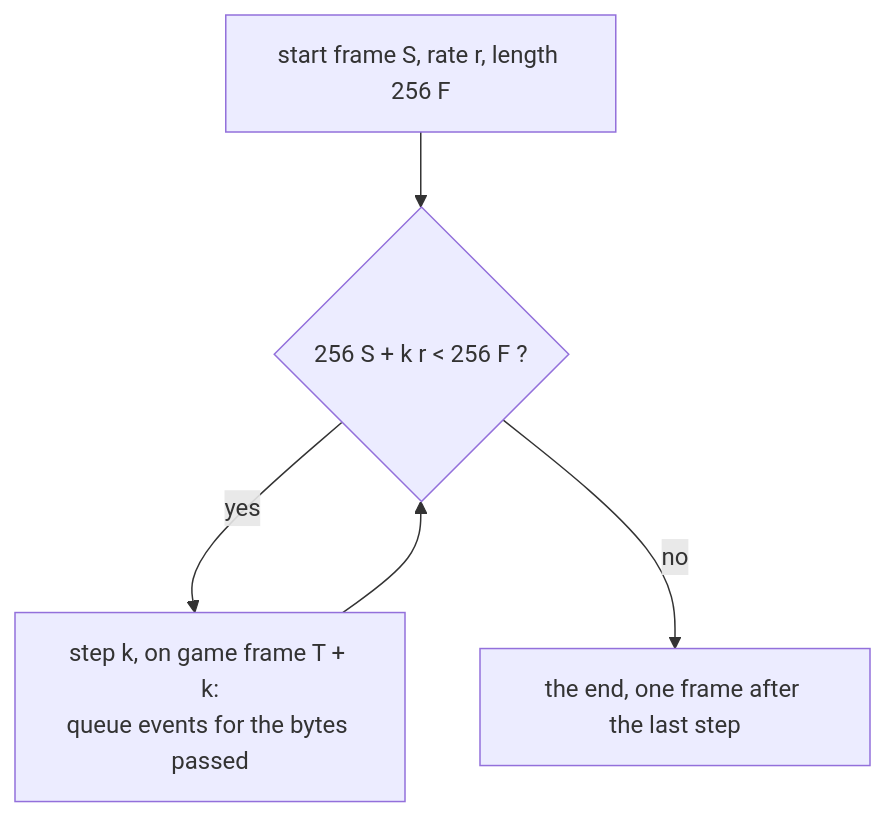
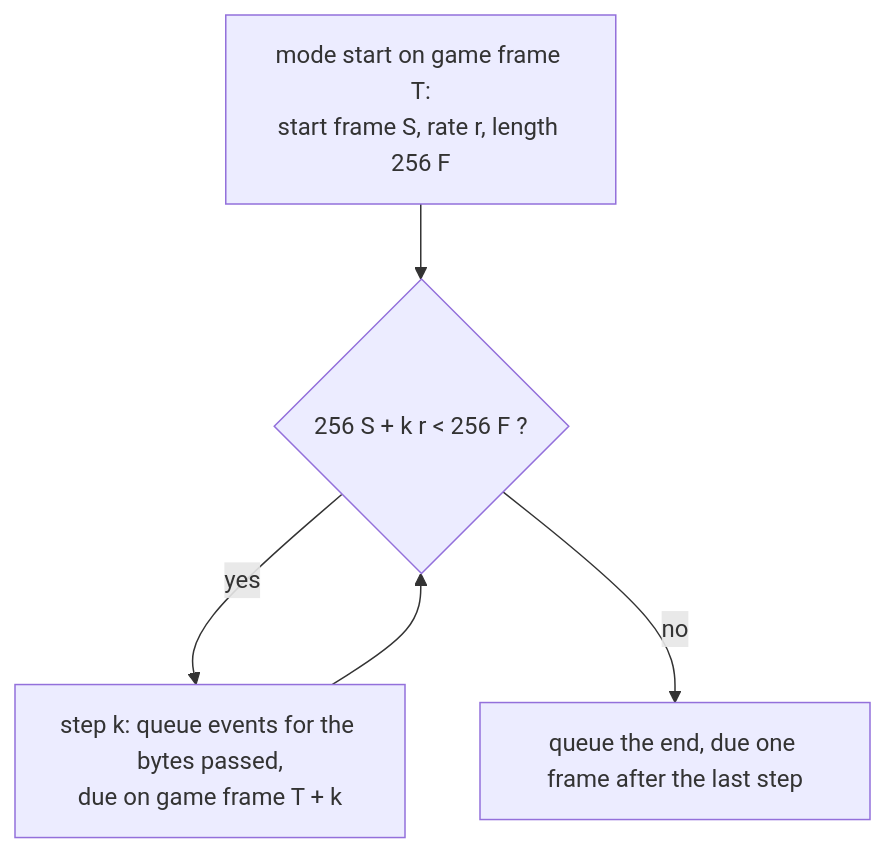
The second of 3 diagrams in docs/wiki/animation.md (IgorKonovalov/diablo-2-recompilation), drawn with Mermaid before and after one commit. The commit also changed other lines of this file and 8 other files, not shown here.

Commit message:
docs(wiki): plan 0070 Phase 11 batch 1 placed (eight illustration blocks, the rng-stepper widget with the row 1 picture as fallback), the schedule flowchart as one call at the mode start

````diff
--- a/docs/wiki/animation.md
+++ b/docs/wiki/animation.md
@@ -83,7 +85,7 @@
 ```mermaid
 flowchart TD
-  s0["start frame S, rate r, length 256 F"] --> loop{"256 S + k r < 256 F ?"}
-  loop -->|yes| ev["step k, on game frame T + k:<br/>queue events for the bytes passed"]
+  s0["mode start on game frame T:<br/>start frame S, rate r, length 256 F"] --> loop{"256 S + k r < 256 F ?"}
+  loop -->|yes| ev["step k: queue events for the bytes passed,<br/>due on game frame T + k"]
   ev --> loop
-  loop -->|no| fin["the end, one frame after the last step"]
+  loop -->|no| fin["queue the end, due one frame after the last step"]
 ```
````
